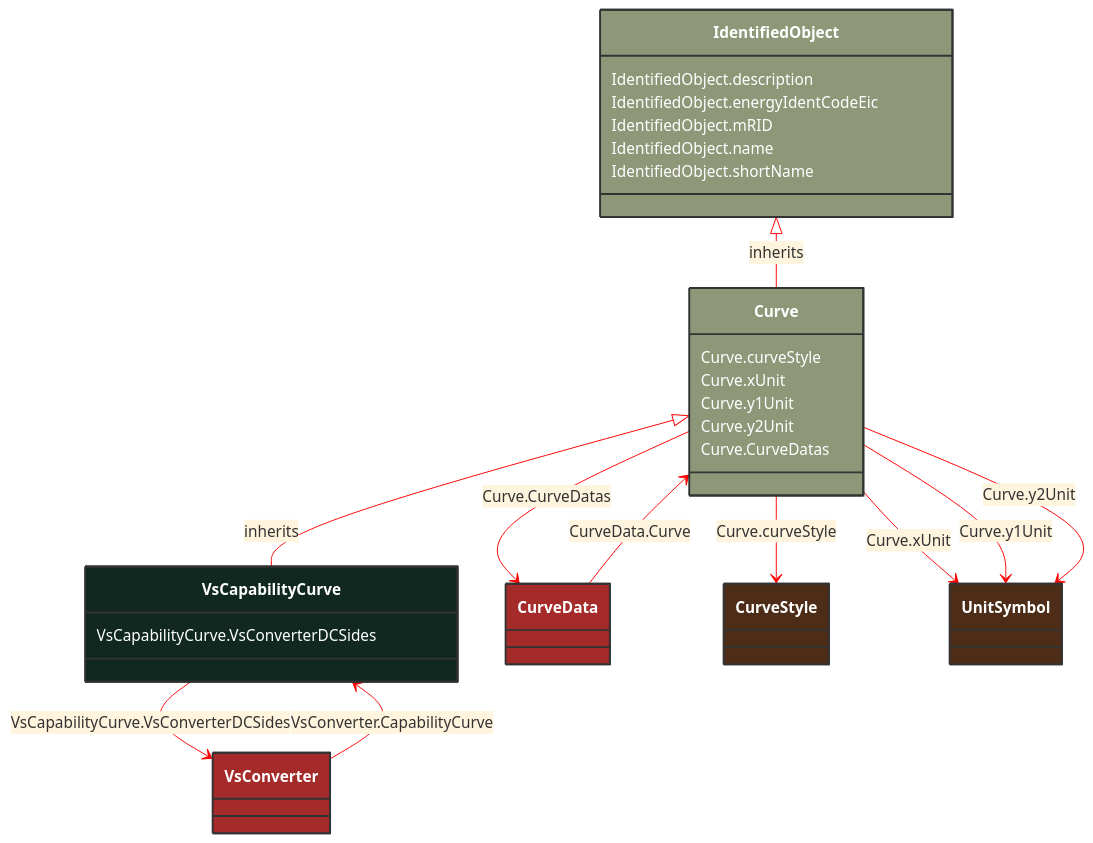
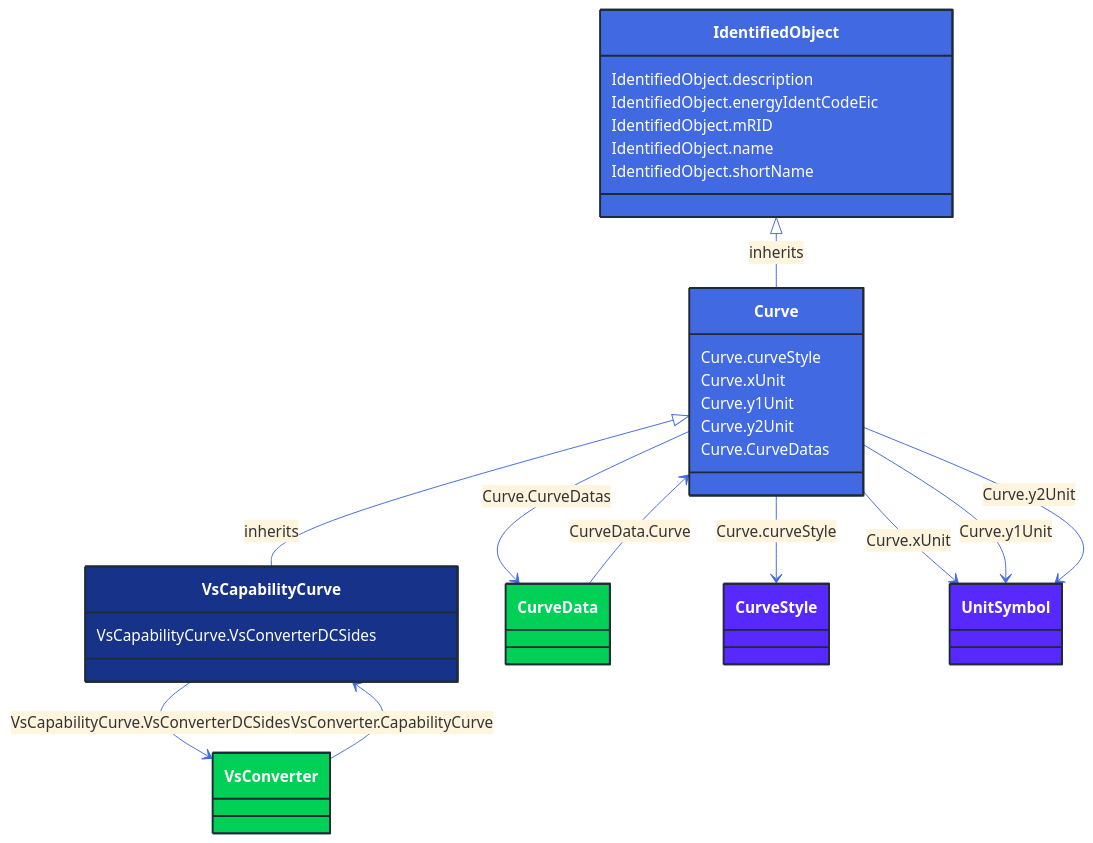
Before and after one commit to 3lbits/NoCIMExtensions: the diagram in docs/Models/Profiles/CoreEquipment/ConcreteClasses/VsCapabilityCurve.md, drawn with Mermaid. The commit also changed 362 other files, not shown here.

First line of the commit message:
Update diagrams and styles for improved visual consistency

````diff
--- a/docs/Models/Profiles/CoreEquipment/ConcreteClasses/VsCapabilityCurve.md
+++ b/docs/Models/Profiles/CoreEquipment/ConcreteClasses/VsCapabilityCurve.md
@@ -8,71 +8,71 @@
 ```mermaid
-%%{init: {'theme':'base','themeVariables': {'lineColor': '#FF0000'}}}%%
+%%{init: {'theme':'base','themeVariables': {'lineColor': '#4169E1'}}}%%
 classDiagram
     class VsCapabilityCurve
     click VsCapabilityCurve href "/Models/Profiles/CoreEquipment/ConcreteClasses/VsCapabilityCurve/"
-    style VsCapabilityCurve fill:#102820,stroke:#333,stroke-width:2px,rx:10,ry:10,color:white
+    style VsCapabilityCurve fill:#163289,stroke:#1F2A37,stroke-width:2px,rx:10,ry:10,color:white
      
         Curve <|-- VsCapabilityCurve : inherits
             click Curve href "/Models/Profiles/CoreEquipment/AbstractClasses/Curve/"
-            style Curve fill:#8F9779,stroke:#333,stroke-width:2px,rx:10,ry:10,color:white
+            style Curve fill:#4169E1,stroke:#1F2A37,stroke-width:2px,rx:10,ry:10,color:white
      
         IdentifiedObject <|-- Curve : inherits
             click IdentifiedObject href "/Models/Profiles/CoreEquipment/AbstractClasses/IdentifiedObject/"
-            style IdentifiedObject fill:#8F9779,stroke:#333,stroke-width:2px,rx:10,ry:10,color:white
+            style IdentifiedObject fill:#4169E1,stroke:#1F2A37,stroke-width:2px,rx:10,ry:10,color:white
 
         VsCapabilityCurve --> VsConverter : VsCapabilityCurve.VsConverterDCSides
 
         VsConverter
             click VsConverter href "/Models/Profiles/CoreEquipment/ConcreteClasses/VsConverter/"
-            style VsConverter fill:#A52A2A,stroke:#333,stroke-width:2px,rx:10,ry:10,color:white
+            style VsConverter fill:#00D156,stroke:#1F2A37,stroke-width:2px,rx:10,ry:10,color:white
         Curve --> CurveData : Curve.CurveDatas
 
         CurveData
             click CurveData href "/Models/Profiles/CoreEquipment/ConcreteClasses/CurveData/"
-            style CurveData fill:#A52A2A,stroke:#333,stroke-width:2px,rx:10,ry:10,color:white
+            style CurveData fill:#00D156,stroke:#1F2A37,stroke-width:2px,rx:10,ry:10,color:white
 
         CurveData --> Curve : CurveData.Curve
 
         CurveData
             click CurveData href "/Models/Profiles/CoreEquipment/ConcreteClasses/CurveData/"
-            style CurveData fill:#A52A2A,stroke:#333,stroke-width:2px,rx:10,ry:10,color:white
+            style CurveData fill:#00D156,stroke:#1F2A37,stroke-width:2px,rx:10,ry:10,color:white
 
         VsConverter --> VsCapabilityCurve : VsConverter.CapabilityCurve
 
         VsConverter
             click VsConverter href "/Models/Profiles/CoreEquipment/ConcreteClasses/VsConverter/"
-            style VsConverter fill:#A52A2A,stroke:#333,stroke-width:2px,rx:10,ry:10,color:white
+            style VsConverter fill:#00D156,stroke:#1F2A37,stroke-width:2px,rx:10,ry:10,color:white
 
         Curve --> CurveStyle : Curve.curveStyle
 
         CurveStyle
             click CurveStyle href "/Models/Profiles/CoreEquipment/Enumerations/CurveStyle/"
-            style CurveStyle fill:#4D2D18,stroke:#333,stroke-width:2px,rx:10,ry:10,color:white
+            style CurveStyle fill:#5729FF,stroke:#1F2A37,stroke-width:2px,rx:10,ry:10,color:white
         Curve --> UnitSymbol : Curve.xUnit
 
         UnitSymbol
             click UnitSymbol href "/Models/Profiles/CoreEquipment/Enumerations/UnitSymbol/"
-            style UnitSymbol fill:#4D2D18,stroke:#333,stroke-width:2px,rx:10,ry:10,color:white
+            style UnitSymbol fill:#5729FF,stroke:#1F2A37,stroke-width:2px,rx:10,ry:10,color:white
         Curve --> UnitSymbol : Curve.y1Unit
 
         UnitSymbol
             click UnitSymbol href "/Models/Profiles/CoreEquipment/Enumerations/UnitSymbol/"
-            style UnitSymbol fill:#4D2D18,stroke:#333,stroke-width:2px,rx:10,ry:10,color:white
+            style UnitSymbol fill:#5729FF,stroke:#1F2A37,stroke-width:2px,rx:10,ry:10,color:white
         Curve --> UnitSymbol : Curve.y2Unit
 
         UnitSymbol
             click UnitSymbol href "/Models/Profiles/CoreEquipment/Enumerations/UnitSymbol/"
-            style UnitSymbol fill:#4D2D18,stroke:#333,stroke-width:2px,rx:10,ry:10,color:white
+            style UnitSymbol fill:#5729FF,stroke:#1F2A37,stroke-width:2px,rx:10,ry:10,color:white
 
         VsCapabilityCurve : VsCapabilityCurve.VsConverterDCSides
         Curve : Curve.curveStyle
         Curve : Curve.xUnit
         Curve : Curve.y1Unit
         Curve : Curve.y2Unit
         Curve : Curve.CurveDatas
         IdentifiedObject : IdentifiedObject.description
         IdentifiedObject : IdentifiedObject.energyIdentCodeEic
         IdentifiedObject : IdentifiedObject.mRID
         IdentifiedObject : IdentifiedObject.name
         IdentifiedObject : IdentifiedObject.shortName
 ```
````
